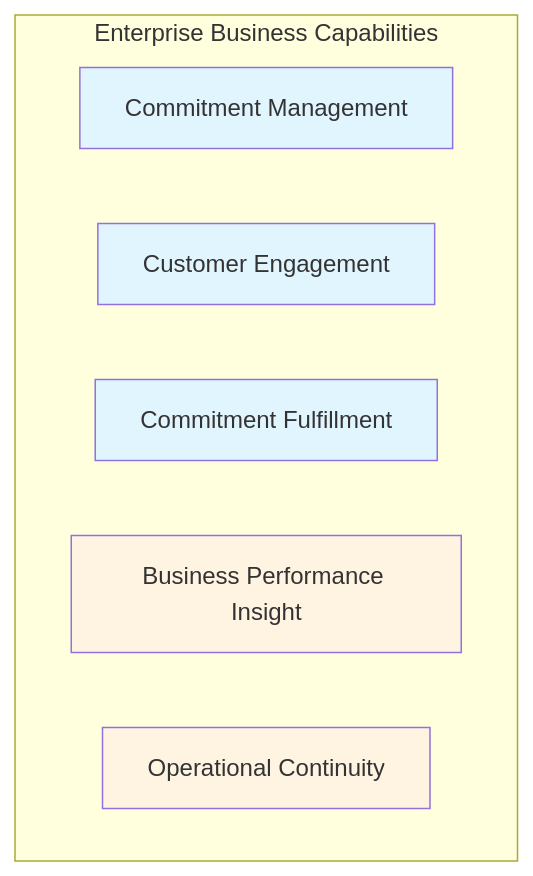
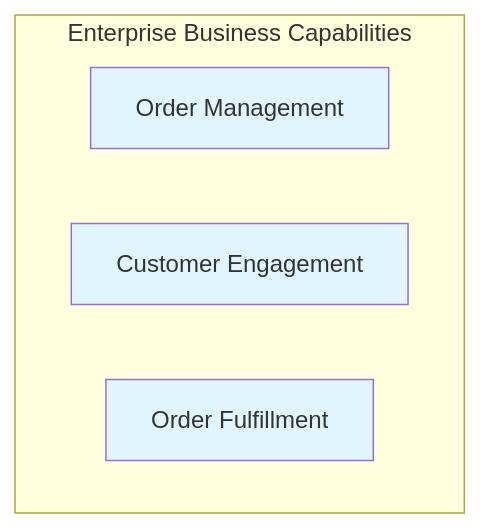
Before and after one commit to Evilazaro/Azure-LogicApps-Monitoring: the first of 7 diagrams in docs/architecture/01-business-architecture.md, drawn with Mermaid. The commit also changed other lines of this file, not shown here.

Commit message:
Refactor Business Architecture document: update terminology and definitions to enhance clarity in order management and fulfillment processes

````diff
--- a/docs/architecture/01-business-architecture.md
+++ b/docs/architecture/01-business-architecture.md
@@ -62,16 +58,12 @@
 ```mermaid
 graph TB
     subgraph "Enterprise Business Capabilities"
-        CM[Commitment Management]
+        OM[Order Management]
         CE[Customer Engagement]
-        CF[Commitment Fulfillment]
-        BP[Business Performance Insight]
-        OC[Operational Continuity]
+        OF[Order Fulfillment]
     end
 
-    style CM fill:#e1f5ff
+    style OM fill:#e1f5ff
     style CE fill:#e1f5ff
-    style CF fill:#e1f5ff
-    style BP fill:#fff4e1
-    style OC fill:#fff4e1
+    style OF fill:#e1f5ff
 ```
````
